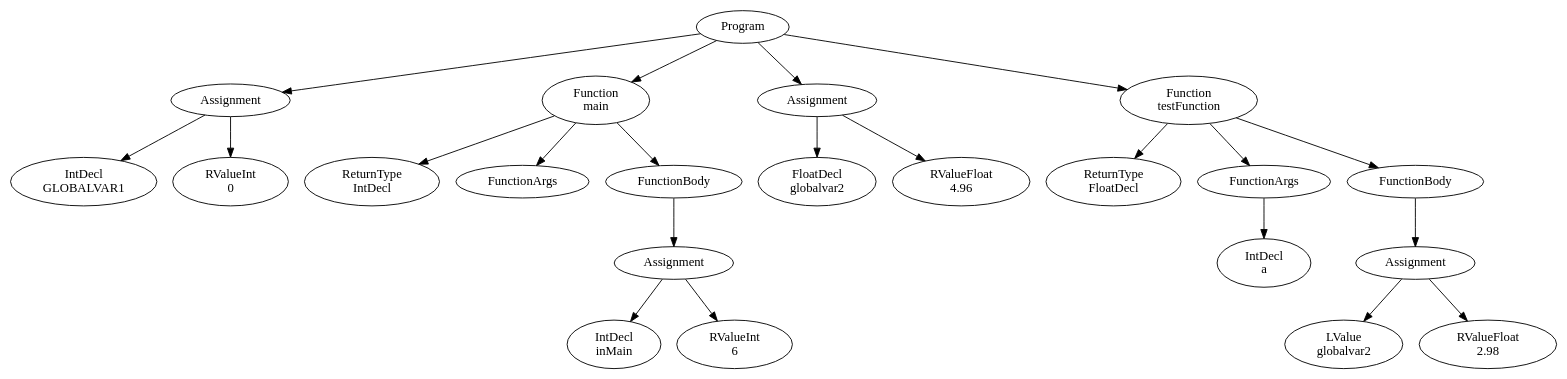
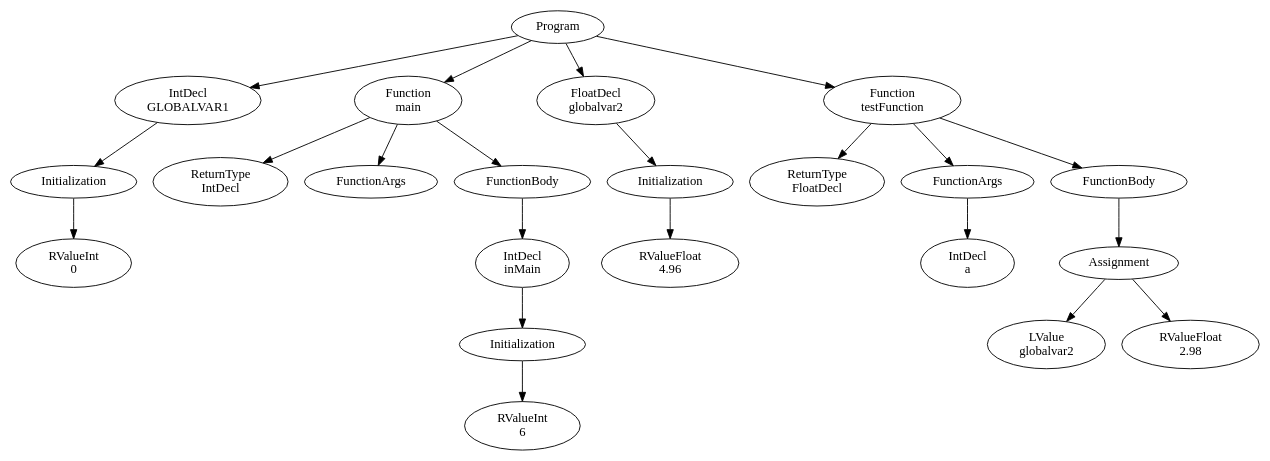
One commit to FedericoQuin/Compilers changed the diagram in official/res/solutions/global_vars.dot. Above: the diagram before and after it, drawn with Graphviz. The commit also changed 19 other files, not shown here.

```diff
--- a/official/res/solutions/global_vars.dot
+++ b/official/res/solutions/global_vars.dot
@@ -1,45 +1,45 @@
 digraph AST {
 4 [label="Program"];
-5 [label="Assignment"];
-6 [label="IntDecl \nGLOBALVAR1"];
+5 [label="IntDecl \nGLOBALVAR1"];
+6 [label="Initialization"];
 7 [label="RValueInt \n0"];
+6 -> 7;
 5 -> 6;
-5 -> 7;
 8 [label="Function \nmain"];
 9 [label="ReturnType \nIntDecl"];
 10 [label="FunctionArgs"];
 11 [label="FunctionBody"];
-12 [label="Assignment"];
-13 [label="IntDecl \ninMain"];
+12 [label="IntDecl \ninMain"];
+13 [label="Initialization"];
 14 [label="RValueInt \n6"];
+13 -> 14;
 12 -> 13;
-12 -> 14;
 11 -> 12;
 8 -> 9;
 8 -> 10;
 8 -> 11;
-15 [label="Assignment"];
-16 [label="FloatDecl \nglobalvar2"];
+15 [label="FloatDecl \nglobalvar2"];
+16 [label="Initialization"];
 17 [label="RValueFloat \n4.96"];
+16 -> 17;
 15 -> 16;
-15 -> 17;
 18 [label="Function \ntestFunction"];
 19 [label="ReturnType \nFloatDecl"];
 20 [label="FunctionArgs"];
 21 [label="IntDecl \na"];
 20 -> 21;
 22 [label="FunctionBody"];
 23 [label="Assignment"];
 24 [label="LValue \nglobalvar2"];
 25 [label="RValueFloat \n2.98"];
 23 -> 24;
 23 -> 25;
 22 -> 23;
 18 -> 19;
 18 -> 20;
 18 -> 22;
 4 -> 5;
 4 -> 8;
 4 -> 15;
 4 -> 18;
 }
```
